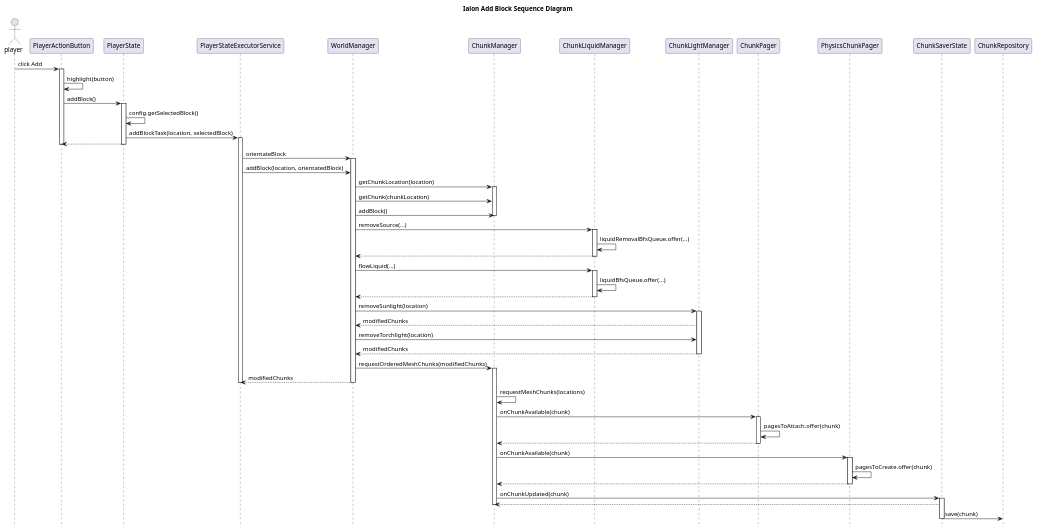
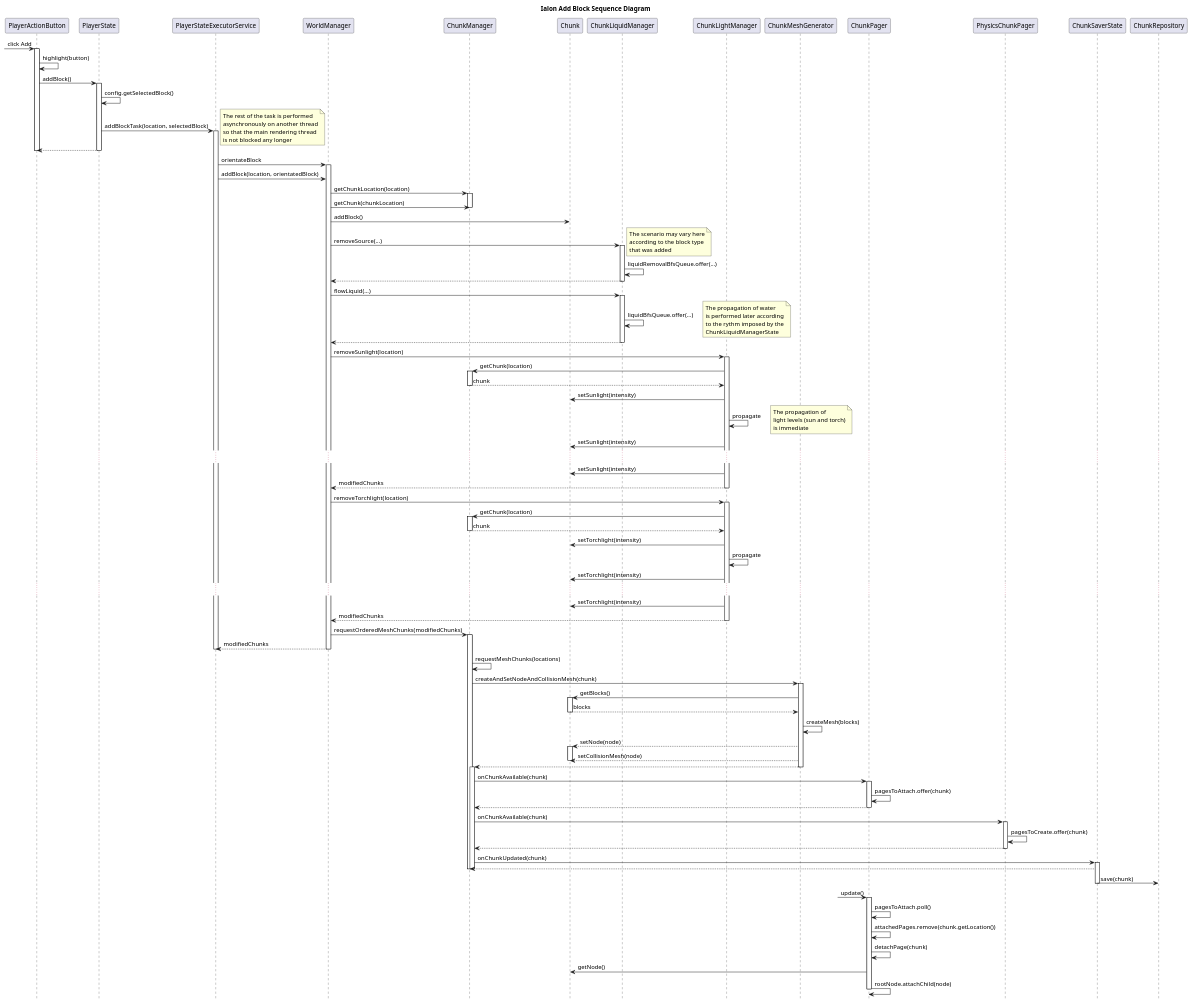
Before and after one commit to vxel/ialon: the diagram in doc/sequence-diagram-addblock.puml, drawn with PlantUML.

```diff
--- a/doc/sequence-diagram-addblock.puml
+++ b/doc/sequence-diagram-addblock.puml
@@ -1,68 +1,127 @@
 @startuml
 title Ialon Add Block Sequence Diagram
 
 hide footbox
 
-actor player
-
-player -> PlayerActionButton : click Add
+?-> PlayerActionButton : click Add
 activate PlayerActionButton
 PlayerActionButton -> PlayerActionButton: highlight(button)
 PlayerActionButton -> PlayerState: addBlock()
 activate PlayerState
 PlayerState -> PlayerState: config.getSelectedBlock()
 PlayerState -> PlayerStateExecutorService: addBlockTask(location, selectedBlock)
+note right
+The rest of the task is performed
+asynchronously on another thread
+so that the main rendering thread
+is not blocked any longer
+end note
 activate PlayerStateExecutorService
 PlayerActionButton <-- PlayerState
 deactivate PlayerActionButton
 deactivate PlayerState
 
 PlayerStateExecutorService -> WorldManager: orientateBlock
 activate WorldManager
 PlayerStateExecutorService -> WorldManager: addBlock(location, orientatedBlock)
 WorldManager -> ChunkManager: getChunkLocation(location)
 activate ChunkManager
 WorldManager -> ChunkManager: getChunk(chunkLocation)
-WorldManager -> ChunkManager: addBlock()
 deactivate ChunkManager
+WorldManager -> Chunk: addBlock()
 
 WorldManager -> ChunkLiquidManager: removeSource(...)
+note right
+The scenario may vary here
+according to the block type
+that was added
+end note
 activate ChunkLiquidManager
 ChunkLiquidManager -> ChunkLiquidManager: liquidRemovalBfsQueue.offer(...)
 WorldManager <-- ChunkLiquidManager
 deactivate ChunkLiquidManager
 
 WorldManager -> ChunkLiquidManager: flowLiquid(...)
 activate ChunkLiquidManager
 ChunkLiquidManager -> ChunkLiquidManager: liquidBfsQueue.offer(...)
+note right
+The propagation of water
+is performed later according
+to the rythm imposed by the
+ChunkLiquidManagerState
+end note
 WorldManager <-- ChunkLiquidManager
 deactivate ChunkLiquidManager
 
 WorldManager -> ChunkLightManager: removeSunlight(location)
 activate ChunkLightManager
+ChunkLightManager -> ChunkManager++: getChunk(location)
+ChunkLightManager <-- ChunkManager--: chunk
+ChunkLightManager -> Chunk: setSunlight(intensity)
+ChunkLightManager -> ChunkLightManager: propagate
+note right
+The propagation of
+light levels (sun and torch)
+is immediate
+end note
+ChunkLightManager -> Chunk: setSunlight(intensity)
+...
+ChunkLightManager -> Chunk: setSunlight(intensity)
 WorldManager <-- ChunkLightManager: modifiedChunks
+deactivate ChunkLightManager
+
 WorldManager -> ChunkLightManager: removeTorchlight(location)
+activate ChunkLightManager
+ChunkLightManager -> ChunkManager++: getChunk(location)
+ChunkLightManager <-- ChunkManager--: chunk
+ChunkLightManager -> Chunk: setTorchlight(intensity)
+ChunkLightManager -> ChunkLightManager: propagate
+ChunkLightManager -> Chunk: setTorchlight(intensity)
+...
+ChunkLightManager -> Chunk: setTorchlight(intensity)
 WorldManager <-- ChunkLightManager: modifiedChunks
 deactivate ChunkLightManager
 WorldManager -> ChunkManager: requestOrderedMeshChunks(modifiedChunks)
 activate ChunkManager
 WorldManager --> PlayerStateExecutorService: modifiedChunks
 deactivate PlayerStateExecutorService
 deactivate WorldManager
 ChunkManager -> ChunkManager: requestMeshChunks(locations)
+ChunkManager -> ChunkMeshGenerator: createAndSetNodeAndCollisionMesh(chunk)
+activate ChunkMeshGenerator
+ChunkMeshGenerator -> Chunk++: getBlocks()
+ChunkMeshGenerator <-- Chunk--: blocks
+ChunkMeshGenerator -> ChunkMeshGenerator: createMesh(blocks)
+ChunkMeshGenerator --> Chunk: setNode(node)
+activate Chunk
+ChunkMeshGenerator --> Chunk: setCollisionMesh(node)
+deactivate Chunk
+ChunkManager <-- ChunkMeshGenerator
+deactivate ChunkMeshGenerator
+activate ChunkManager
 ChunkManager -> ChunkPager: onChunkAvailable(chunk)
 activate ChunkPager
 ChunkPager -> ChunkPager: pagesToAttach.offer(chunk)
 ChunkManager <-- ChunkPager
 deactivate ChunkPager
 ChunkManager -> PhysicsChunkPager: onChunkAvailable(chunk)
 activate PhysicsChunkPager
 PhysicsChunkPager -> PhysicsChunkPager: pagesToCreate.offer(chunk)
 ChunkManager <-- PhysicsChunkPager
 deactivate PhysicsChunkPager
 ChunkManager -> ChunkSaverState++: onChunkUpdated(chunk)
 ChunkManager <-- ChunkSaverState
 deactivate ChunkManager
+deactivate ChunkManager
 ChunkSaverState -> ChunkRepository--: save(chunk)
 
+?-> ChunkPager: update()
+activate ChunkPager
+ChunkPager -> ChunkPager: pagesToAttach.poll()
+ChunkPager -> ChunkPager: attachedPages.remove(chunk.getLocation())
+ChunkPager -> ChunkPager: detachPage(chunk)
+ChunkPager -> Chunk: getNode()
+ChunkPager -> ChunkPager: rootNode.attachChild(node)
+deactivate ChunkPager
+
 @enduml
```
